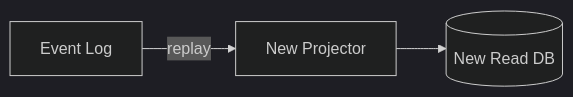
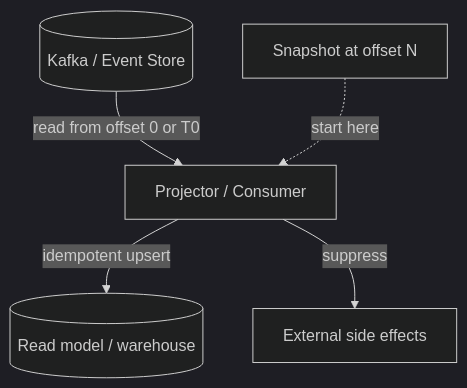
Diagram 27 of 29 in 06-messaging-and-events/README.md (hareramcse/SystemDesign), drawn with Mermaid (dark theme) before and after one commit. The commit also changed other lines of this file and 5 other files, not shown here.

````diff
--- a/06-messaging-and-events/README.md
+++ b/06-messaging-and-events/README.md
@@ -1620,5 +2023,7 @@
 ```mermaid
-flowchart LR
-    Log[Event Log] -->|replay| Proj[New Projector]
-    Proj --> NewDB[(New Read DB)]
+flowchart TB
+    Log[(Kafka / Event Store)] -->|read from offset 0 or T0| Proj[Projector / Consumer]
+    Proj -->|idempotent upsert| ReadDB[(Read model / warehouse)]
+    Proj -->|suppress| Side[External side effects]
+    Snap[Snapshot at offset N] -.->|start here| Proj
 ```
````
